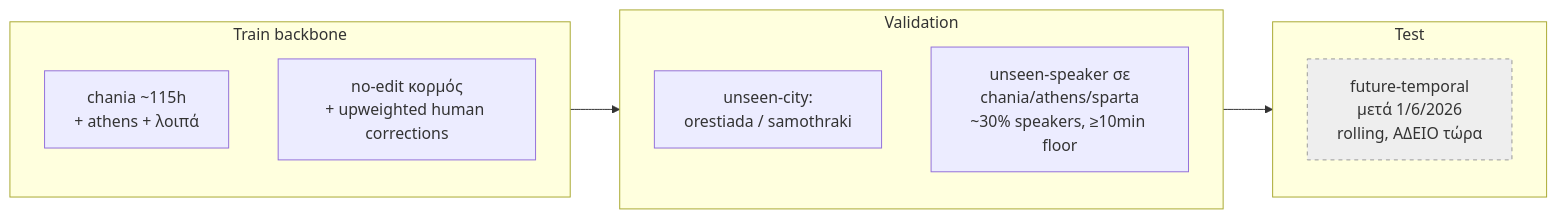
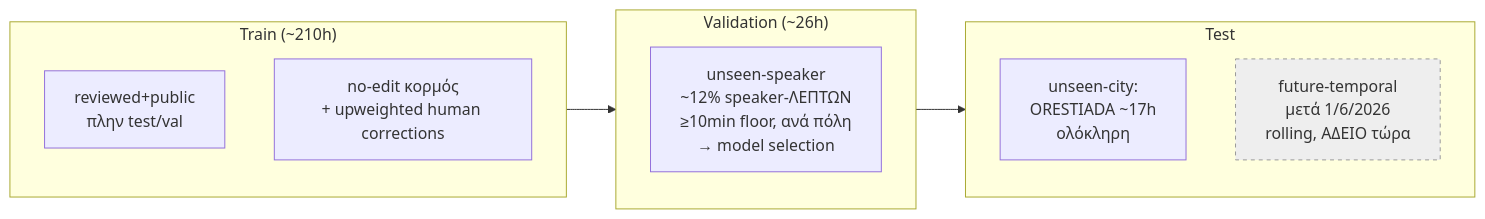
The third of 3 diagrams in docs/meetings/2026-06-23-dataset-and-metric-report.md (eellak/gsoc2026-opencouncil-stt), drawn with Mermaid before and after one commit. The commit also changed other lines of this file and 1 other file, not shown here.

First line of the commit message:
docs(split): choose orestiada as unseen-city test; add meeting agenda

````diff
--- a/docs/meetings/2026-06-23-dataset-and-metric-report.md
+++ b/docs/meetings/2026-06-23-dataset-and-metric-report.md
@@ -122,16 +130,16 @@
 ```mermaid
 flowchart LR
-    subgraph TRAIN[Train backbone]
-        T1[chania ~115h<br/>+ athens + λοιπά]
+    subgraph TRAIN["Train (~210h)"]
+        T1[reviewed+public<br/>πλην test/val]
         T2[no-edit κορμός<br/>+ upweighted human corrections]
     end
-    subgraph VAL[Validation]
-        V1[unseen-city:<br/>orestiada / samothraki]
-        V2[unseen-speaker σε<br/>chania/athens/sparta<br/>~30% speakers, ≥10min floor]
+    subgraph VAL["Validation (~26h)"]
+        V1[unseen-speaker<br/>~12% speaker-ΛΕΠΤΩΝ<br/>≥10min floor, ανά πόλη<br/>→ model selection]
     end
     subgraph TEST[Test]
-        X1[future-temporal<br/>μετά 1/6/2026<br/>rolling, ΑΔΕΙΟ τώρα]
+        X1[unseen-city:<br/>ORESTIADA ~17h<br/>ολόκληρη]
+        X2[future-temporal<br/>μετά 1/6/2026<br/>rolling, ΑΔΕΙΟ τώρα]
     end
     TRAIN --> VAL --> TEST
-    style X1 fill:#eee,stroke:#999,stroke-dasharray: 4
+    style X2 fill:#eee,stroke:#999,stroke-dasharray: 4
 ```
````
